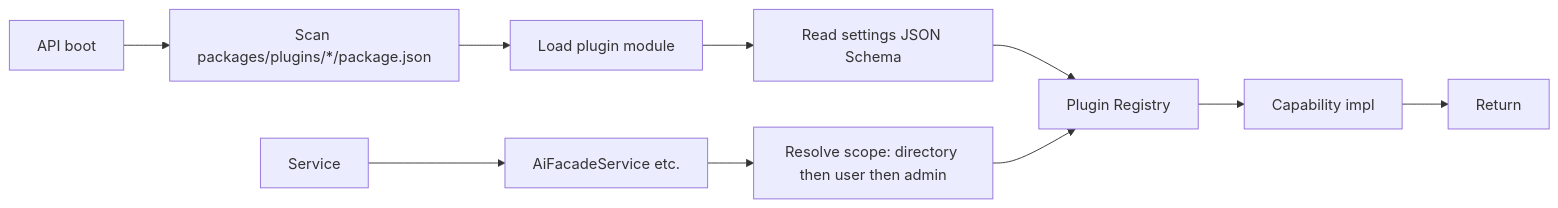
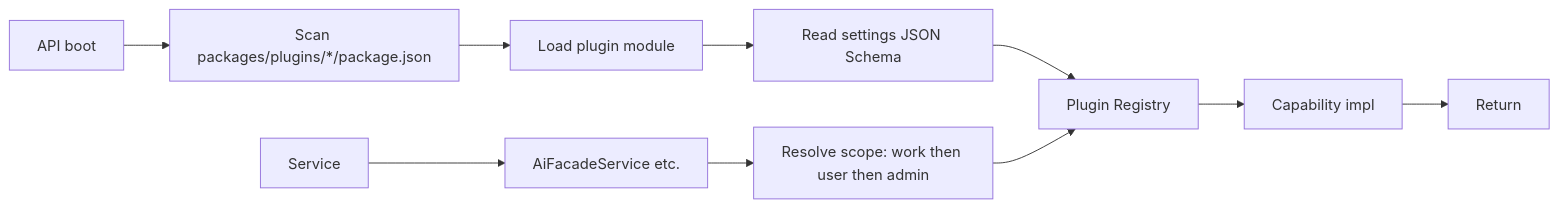
One commit to ever-works/ever-works changed the diagram in docs/specs/features/plugin-system/plan.md. Above: the diagram before and after it, drawn with Mermaid. The commit also changed other lines of this file and 395 other files, not shown here.

````diff
--- a/docs/specs/features/plugin-system/plan.md
+++ b/docs/specs/features/plugin-system/plan.md
@@ -12,12 +12,12 @@
 ```mermaid
 flowchart LR
     Boot[API boot] --> Discover[Scan packages/plugins/*/package.json]
     Discover --> Load[Load plugin module]
     Load --> Schema[Read settings JSON Schema]
     Schema --> Reg[Plugin Registry]
     Caller[Service] --> Facade[AiFacadeService etc.]
-    Facade --> Resolve[Resolve scope: directory then user then admin]
+    Facade --> Resolve[Resolve scope: work then user then admin]
     Resolve --> Reg
     Reg --> Plugin[Capability impl]
     Plugin --> Result[Return]
 ```
````
